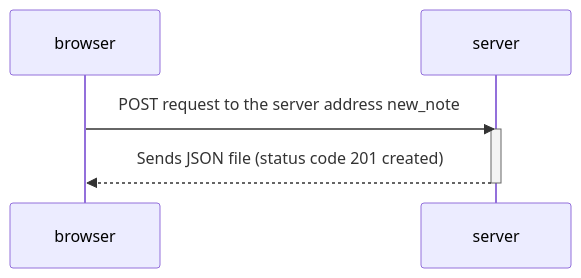
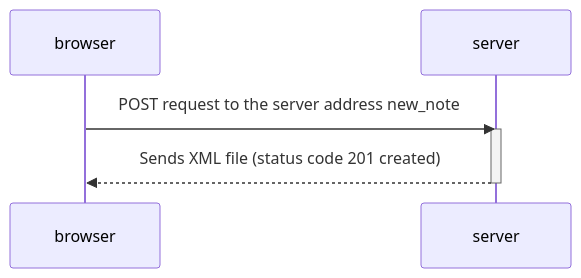
The diagram in Part0/0.6: New note in Single page app diagram.md (early-dew/FullStackOpen), drawn with Mermaid before and after one commit.

Commit message:
Update 0.6: New note in Single page app diagram.md

````diff
--- a/Part0/0.6: New note in Single page app diagram.md
+++ b/Part0/0.6: New note in Single page app diagram.md
@@ -1,10 +1,10 @@
 ```mermaid
 sequenceDiagram
  participant browser
  participant server
  browser->>server: POST request to the server address new_note
  activate server
- server-->>browser: Sends JSON file (status code 201 created)
+ server-->>browser: Sends XML file (status code 201 created)
  deactivate server
 
 ```
````
